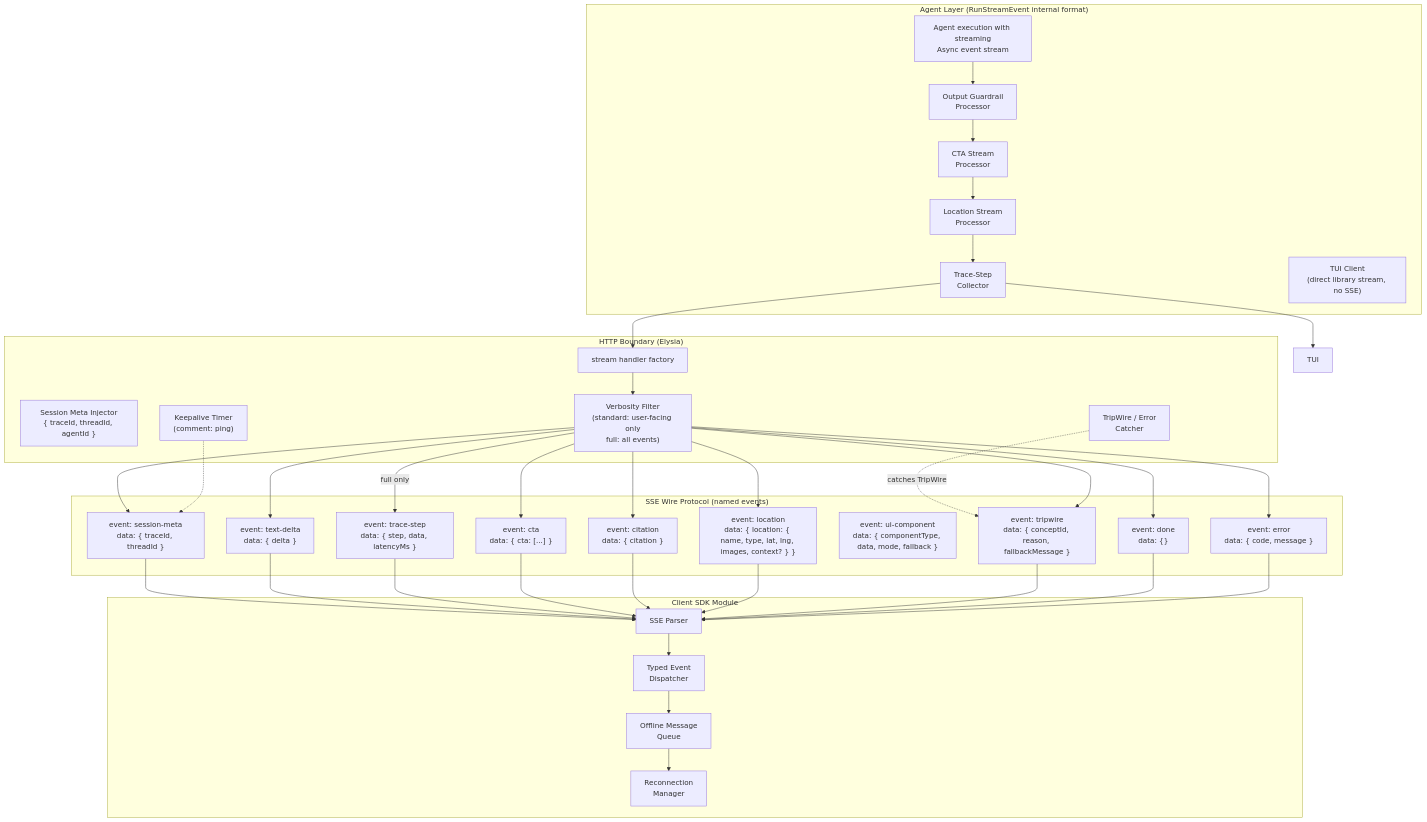
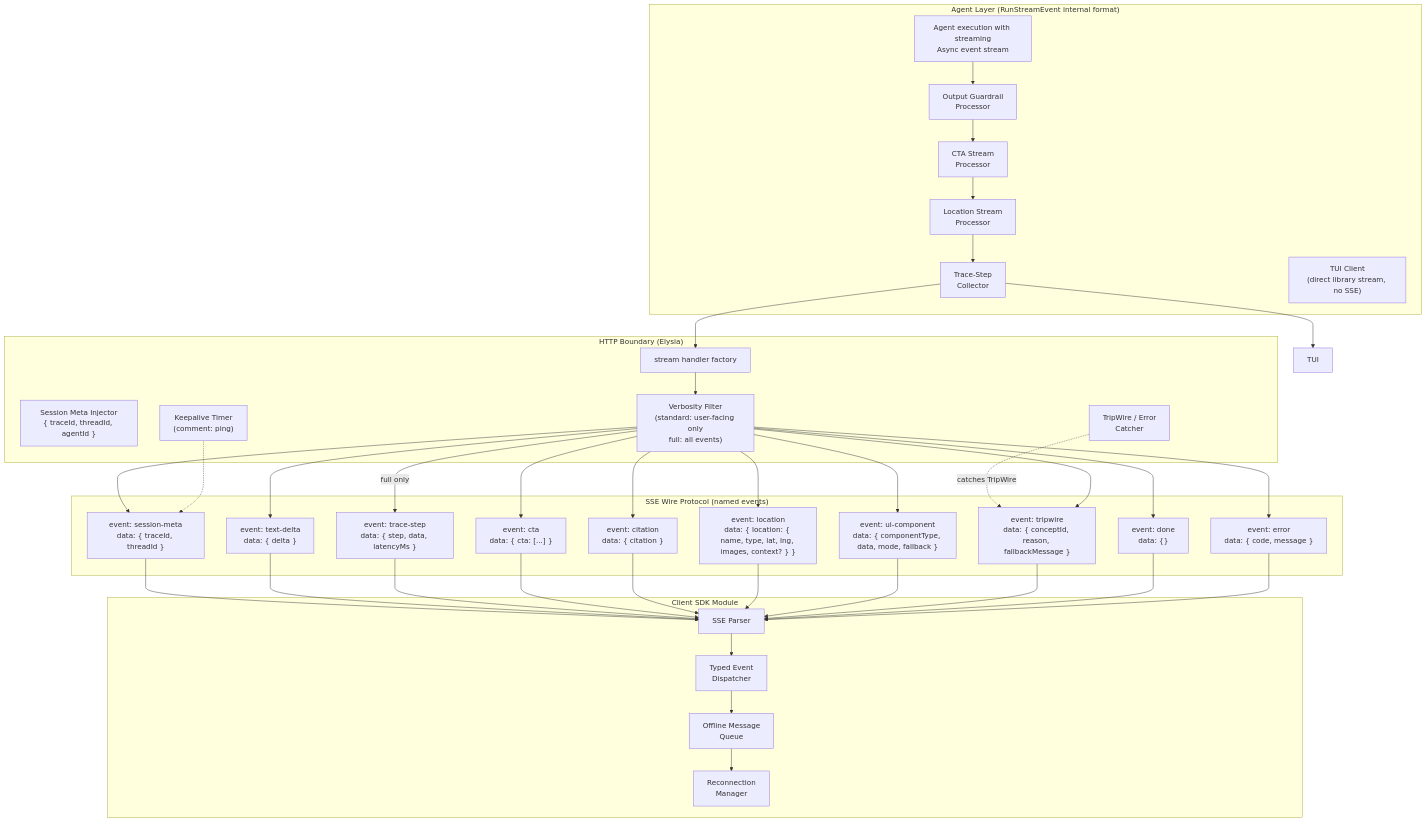
The first of 30 diagrams in plan/11-transport.md (1qh/safeagent), drawn with Mermaid before and after one commit. The commit also changed other lines of this file, not shown here.

Commit message:
Fix Oracle R4: complete ui-component coherence in Mermaid, mapping bullets, payload shape (11)

````diff
--- a/plan/11-transport.md
+++ b/plan/11-transport.md
@@ -32,51 +32,51 @@
 ```mermaid
 graph TB
     subgraph AGENT_LAYER["Agent Layer (RunStreamEvent internal format)"]
         AGENT["Agent execution with streaming\nAsync event stream"]
         GUARD_PROC["Output Guardrail\nProcessor"]
         CTA_PROC["CTA Stream\nProcessor"]
         LOC_PROC["Location Stream\nProcessor"]
         TRACE_COLLECT["Trace-Step\nCollector"]
         TUI_CLIENT["TUI Client\n(direct library stream, no SSE)"]
     end
 
     subgraph HTTP_BOUNDARY["HTTP Boundary (Elysia)"]
         HANDLER["stream handler factory"]
         META_INJECT["Session Meta Injector\n{ traceId, threadId, agentId }"]
         VERBOSITY_FILTER["Verbosity Filter\n(standard: user-facing only\nfull: all events)"]
         KEEPALIVE["Keepalive Timer\n(comment: ping)"]
         ERR_CATCH["TripWire / Error\nCatcher"]
     end
 
     subgraph SSE_WIRE["SSE Wire Protocol (named events)"]
         EVT_META["event: session-meta\ndata: { traceId, threadId }"]
         EVT_TEXT["event: text-delta\ndata: { delta }"]
         EVT_TRACE["event: trace-step\ndata: { step, data, latencyMs }"]
         EVT_CTA["event: cta\ndata: { cta: [...] }"]
         EVT_CIT["event: citation\ndata: { citation }"]
         EVT_LOC["event: location\ndata: { location: { name, type, lat, lng, images, context? } }"]
         EVT_UI["event: ui-component\ndata: { componentType, data, mode, fallback }"]
         EVT_TRIP["event: tripwire\ndata: { conceptId, reason, fallbackMessage }"]
         EVT_DONE["event: done\ndata: {}"]
         EVT_ERR["event: error\ndata: { code, message }"]
     end
 
     subgraph CLIENT_SDK["Client SDK Module"]
         PARSER["SSE Parser"]
         TYPED["Typed Event\nDispatcher"]
         QUEUE["Offline Message\nQueue"]
         RECONNECT["Reconnection\nManager"]
     end
 
     AGENT --> GUARD_PROC --> CTA_PROC --> LOC_PROC --> TRACE_COLLECT
     TRACE_COLLECT --> TUI
     TRACE_COLLECT --> HANDLER
     HANDLER --> VERBOSITY_FILTER
     ERR_CATCH -.->|"catches TripWire"| EVT_TRIP
-    VERBOSITY_FILTER --> EVT_META & EVT_TEXT & EVT_CTA & EVT_CIT & EVT_LOC & EVT_TRIP & EVT_DONE & EVT_ERR
+    VERBOSITY_FILTER --> EVT_META & EVT_TEXT & EVT_CTA & EVT_CIT & EVT_LOC & EVT_UI & EVT_TRIP & EVT_DONE & EVT_ERR
     VERBOSITY_FILTER -->|"full only"| EVT_TRACE
     KEEPALIVE -.-> EVT_META
-    EVT_META & EVT_TEXT & EVT_TRACE & EVT_CTA & EVT_CIT & EVT_LOC & EVT_TRIP & EVT_DONE & EVT_ERR --> PARSER
+    EVT_META & EVT_TEXT & EVT_TRACE & EVT_CTA & EVT_CIT & EVT_LOC & EVT_UI & EVT_TRIP & EVT_DONE & EVT_ERR --> PARSER
     PARSER --> TYPED --> QUEUE
     QUEUE --> RECONNECT
 ```
````
